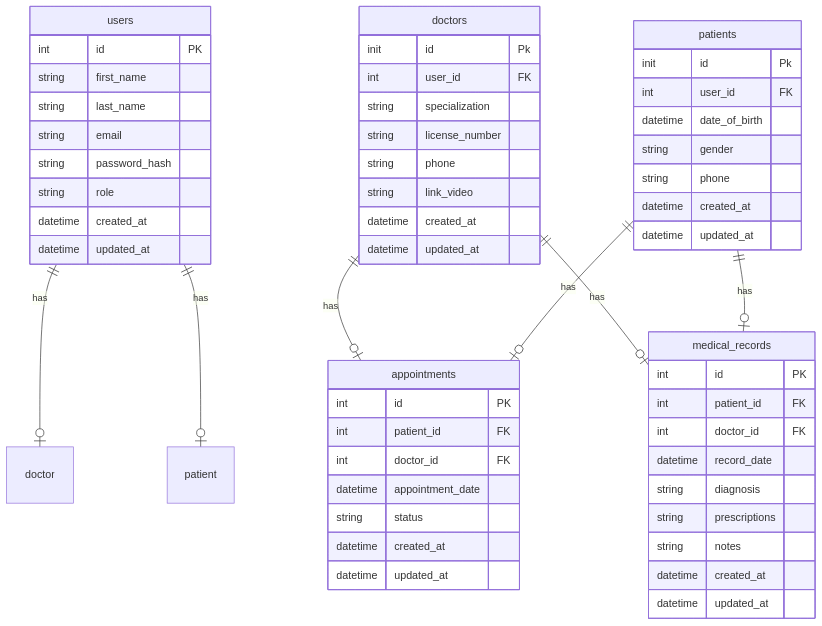
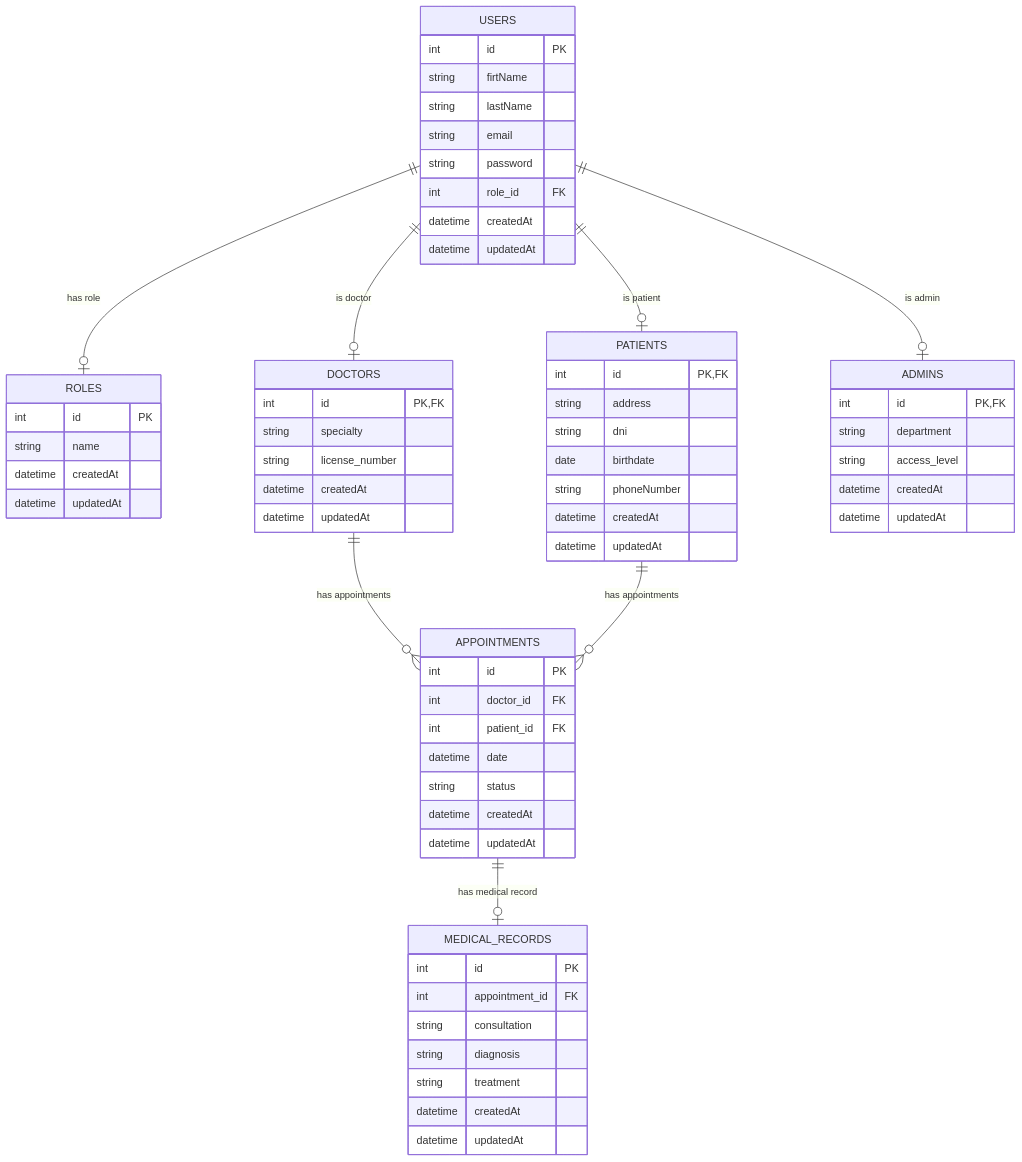
One commit to No-Country-simulation/c22-14-m-webapp changed the diagram in README.md. Above: the diagram before and after it, drawn with Mermaid.

Commit message:
TM-27: + validation form - backend

````diff
--- a/README.md
+++ b/README.md
@@ -25,62 +25,69 @@
 ```mermaid
 erDiagram
-    users {
+    USERS {
         int id PK
-        string first_name
-        string last_name
+        string firtName
+        string lastName
         string email
-        string password_hash
-        string role
-        datetime created_at
-        datetime updated_at
+        string password
+        int role_id FK
+        datetime createdAt
+        datetime updatedAt
     }
-    doctors{
-        init id Pk
-        int user_id FK
-        string specialization
+    ROLES {
+        int id PK
+        string name
+        datetime createdAt
+        datetime updatedAt
+    }
+    DOCTORS {
+        int id PK, FK
+        string specialty
         string license_number
-        string phone
-        string link_video
-        datetime created_at
-        datetime updated_at
+        datetime createdAt
+        datetime updatedAt
     }
-    patients{
-        init id Pk
-        int user_id FK
-        datetime date_of_birth
-        string gender
-        string phone
-        datetime created_at
-        datetime updated_at        
-    }            
-    appointments {
+    PATIENTS {
+        int id PK, FK
+        string address
+        string dni
+        date birthdate
+        string phoneNumber
+        datetime createdAt
+        datetime updatedAt
+    }
+    ADMINS {
+        int id PK, FK
+        string department
+        string access_level
+        datetime createdAt
+        datetime updatedAt
+    }
+    APPOINTMENTS {
         int id PK
+        int doctor_id FK
         int patient_id FK
-        int doctor_id FK
-        datetime appointment_date
+        datetime date
         string status
-        datetime created_at
-        datetime updated_at
+        datetime createdAt
+        datetime updatedAt
     }
-    medical_records {
+    MEDICAL_RECORDS {
         int id PK
-        int patient_id FK
-        int doctor_id FK
-        datetime record_date
+        int appointment_id FK
+        string consultation
         string diagnosis
-        string prescriptions
-        string notes
-        datetime created_at
-        datetime updated_at
+        string treatment
+        datetime createdAt
+        datetime updatedAt
     }
-    
 
-    
-    users ||--o| doctor : has
-    users ||--o| patient : has
-    doctors ||--o| appointments : has
-    patients ||--o| appointments : has
-    doctors ||--o| medical_records : has
-    patients ||--o| medical_records : has
+    USERS ||--o| ROLES : "has role"
+    USERS ||--o| DOCTORS : "is doctor"
+    USERS ||--o| PATIENTS : "is patient"
+    USERS ||--o| ADMINS : "is admin"
+    DOCTORS ||--o{ APPOINTMENTS : "has appointments"
+    PATIENTS ||--o{ APPOINTMENTS : "has appointments"
+    APPOINTMENTS ||--o| MEDICAL_RECORDS : "has medical record"
 
 ```
````
